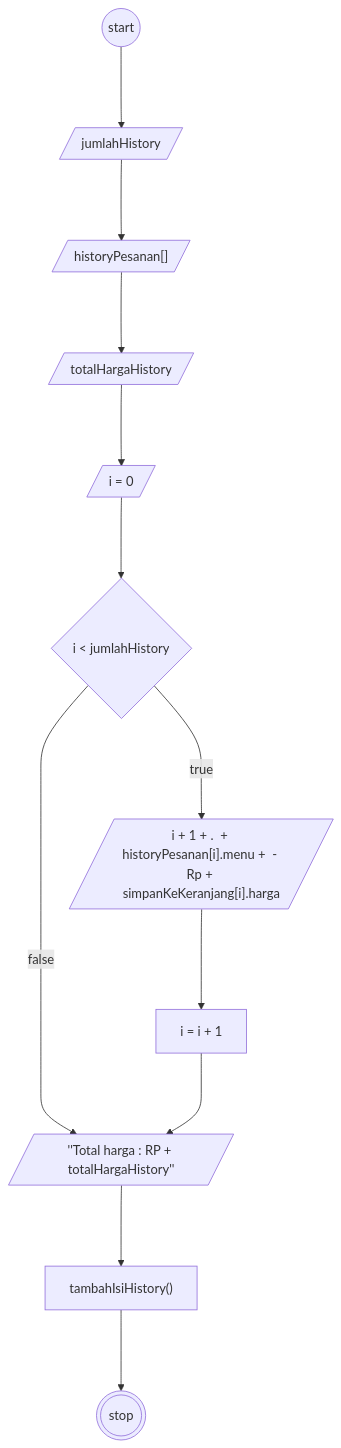
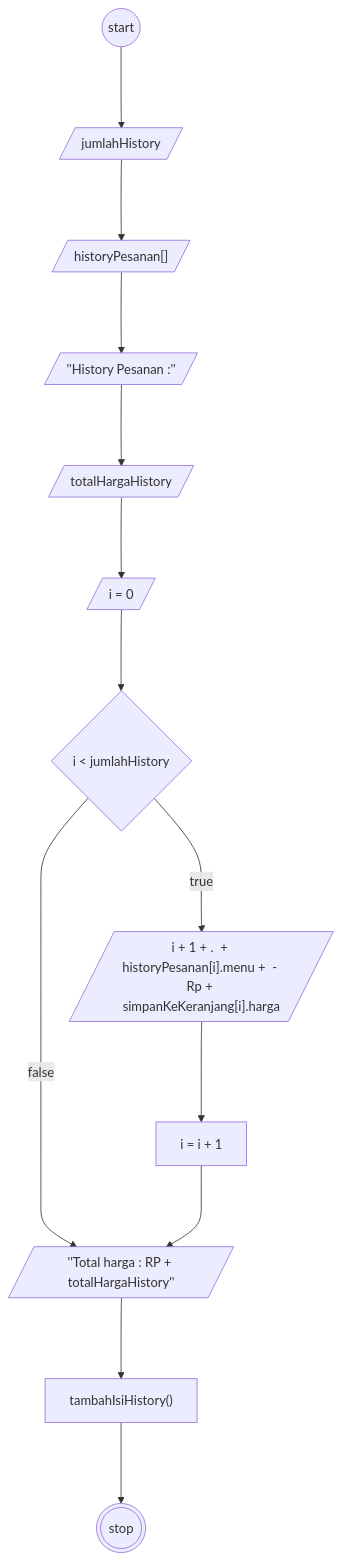
One commit to VirgilIw/koda-b4-homework1 changed the diagram in flowchartHistory.md. Above: the diagram before and after it, drawn with Mermaid.

````diff
--- a/flowchartHistory.md
+++ b/flowchartHistory.md
@@ -1,30 +1,31 @@
 ```mermaid
 flowchart TB
 
 start((start))
 stop(((stop)))
 
-pesan[/"historyPesanan[]"/]
+let2[/"historyPesanan[]"/]
 
 let1@{shape: lean-r, label: jumlahHistory}
 let3@{shape: lean-r, label: totalHargaHistory}
 
+pesan[/''History Pesanan :''/]
 i@{shape: lean-r, label: i = 0}
 
 while{i < jumlahHistory}
 
 true1[/"i + 1 + .  + historyPesanan[i].menu +  - Rp + simpanKeKeranjang[i].harga"/]
 iTambah@{shape: rect, label: i = i + 1}
 log3[/''Total harga : RP + totalHargaHistory''/]
 tambahIsiHisto["tambahIsiHistory()"]
 
-start--->let1--->pesan
-pesan--->let3--->i
+start--->let1--->let2
+let2--->pesan--->let3--->i
 while--false--->log3
 i--->while--true--->true1
 true1--->iTambah--->log3
 
 log3--->tambahIsiHisto--->stop
 
 
 ```
````
